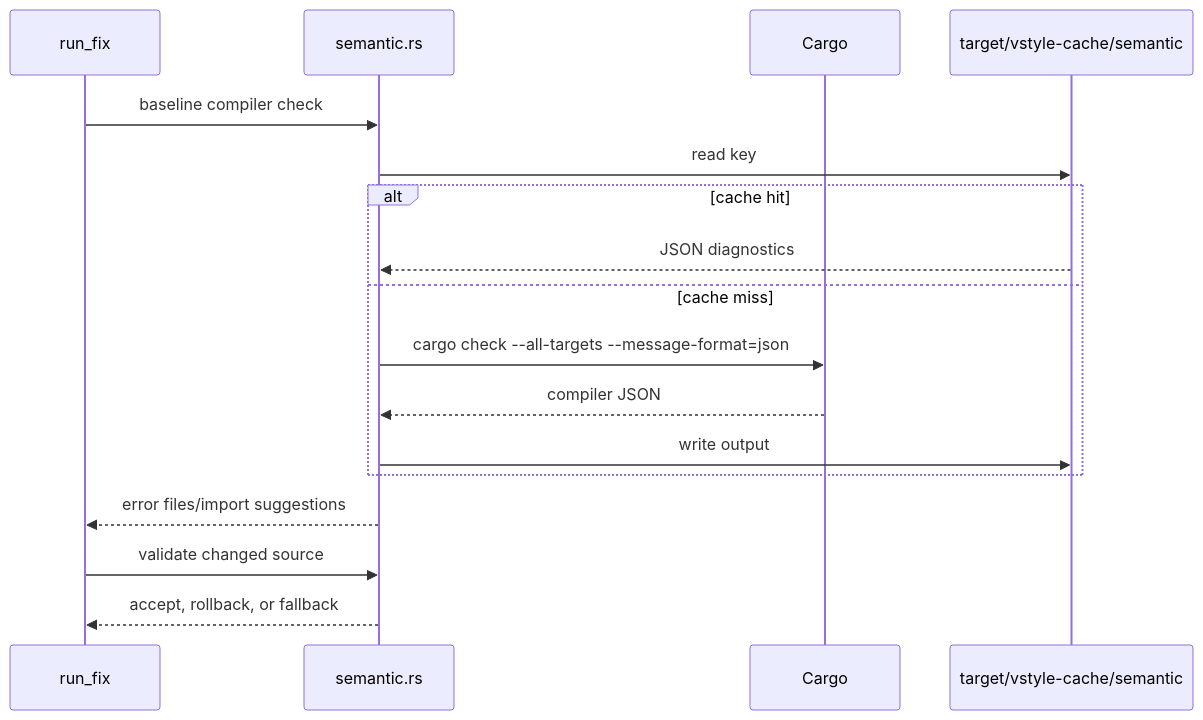
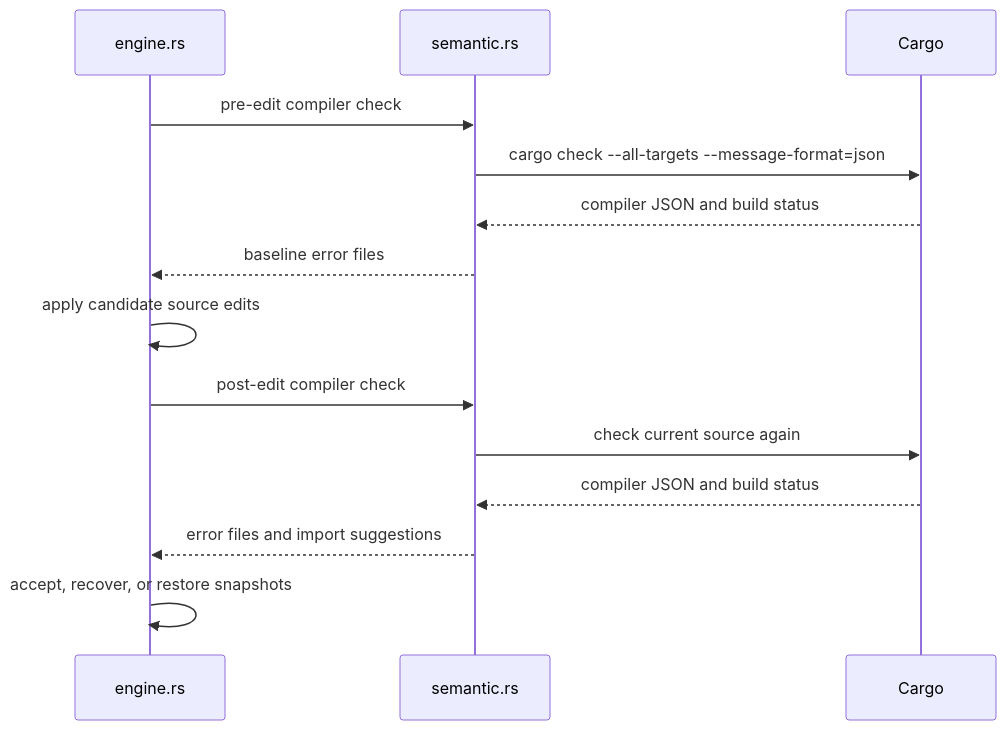
The diagram in openwiki/architecture/semantic-validation.md (acg-box/vibe-style), drawn with Mermaid before and after one commit. The commit also changed other lines of this file and 37 other files, not shown here.

Commit message:
Update architecture documentation and evidence

````diff
--- a/openwiki/architecture/semantic-validation.md
+++ b/openwiki/architecture/semantic-validation.md
@@ -22,19 +33,16 @@
 ```mermaid
 sequenceDiagram
-  participant Engine as run_fix
+  participant Engine as engine.rs
   participant Semantic as semantic.rs
   participant Cargo
-  participant Cache as target/vstyle-cache/semantic
-  Engine->>Semantic: baseline compiler check
-  Semantic->>Cache: read key
-  alt cache hit
-    Cache-->>Semantic: JSON diagnostics
-  else cache miss
-    Semantic->>Cargo: cargo check --all-targets --message-format=json
-    Cargo-->>Semantic: compiler JSON
-    Semantic->>Cache: write output
-  end
-  Semantic-->>Engine: error files/import suggestions
-  Engine->>Semantic: validate changed source
-  Semantic-->>Engine: accept, rollback, or fallback
+  Engine->>Semantic: pre-edit compiler check
+  Semantic->>Cargo: cargo check --all-targets --message-format=json
+  Cargo-->>Semantic: compiler JSON and build status
+  Semantic-->>Engine: baseline error files
+  Engine->>Engine: apply candidate source edits
+  Engine->>Semantic: post-edit compiler check
+  Semantic->>Cargo: check current source again
+  Cargo-->>Semantic: compiler JSON and build status
+  Semantic-->>Engine: error files and import suggestions
+  Engine->>Engine: accept, recover, or restore snapshots
 ```
````
